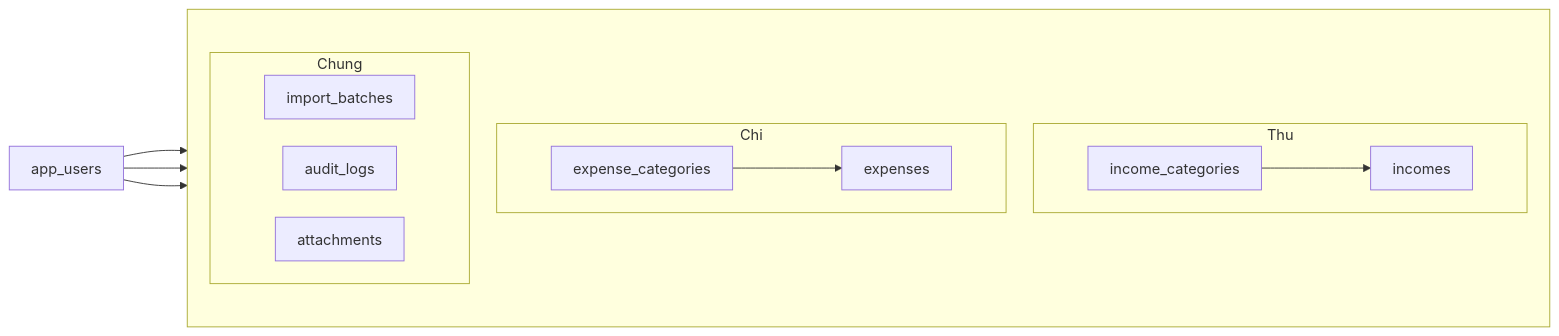
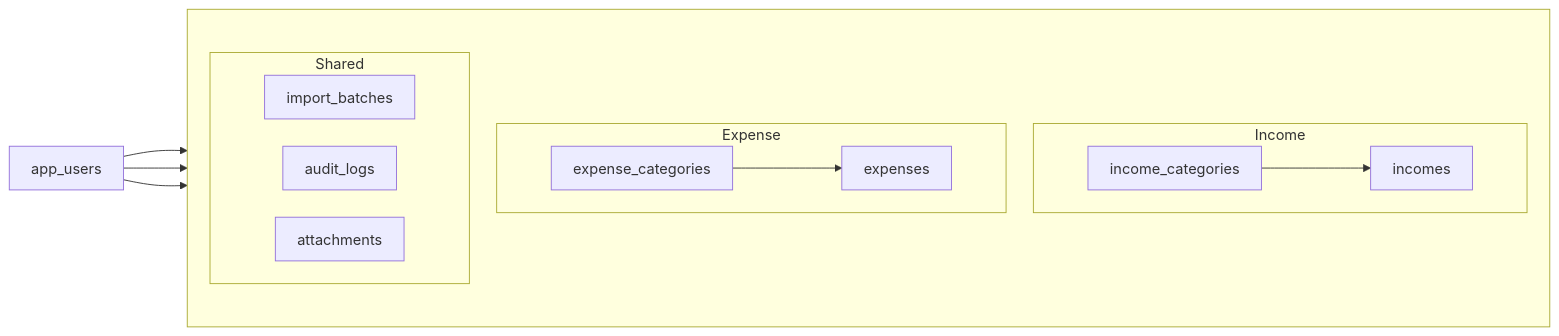
Before and after one commit to PhamHiep948/finance-manager: the first of 3 diagrams in docs/DATABASE.md, drawn with Mermaid. The commit also changed other lines of this file and 30 other files, not shown here.

Commit message:
Add ESSENTIAL arc42 architecture docs with context, container, and component diagrams, and update the C4 views and project documentation.

````diff
--- a/docs/DATABASE.md
+++ b/docs/DATABASE.md
@@ -13,30 +13,30 @@
 ```mermaid
 %%{init: {"flowchart": {"nodeSpacing": 30, "rankSpacing": 70, "padding": 12}}}%%
 flowchart LR
   U[app_users]
 
   subgraph groups [" "]
     direction TB
 
-    subgraph thu [Thu]
+    subgraph income [Income]
       direction LR
       IC[income_categories] --> IN[incomes]
     end
 
-    subgraph chi [Chi]
+    subgraph expense [Expense]
       direction LR
       EC[expense_categories] --> EX[expenses]
     end
 
-    subgraph chung [Chung]
+    subgraph shared [Shared]
       direction LR
       IB[import_batches]
       AL[audit_logs]
       AT[attachments]
     end
   end
 
-  U --> thu
-  U --> chi
-  U --> chung
+  U --> income
+  U --> expense
+  U --> shared
 ```
````
